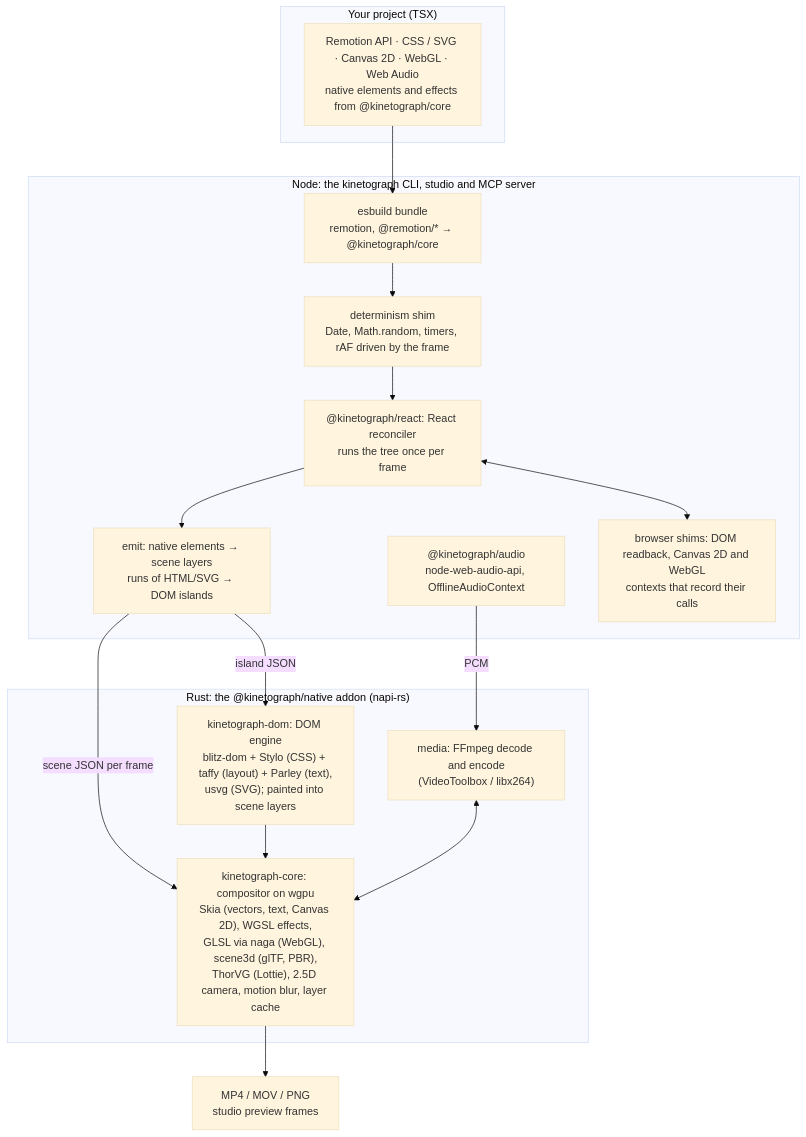
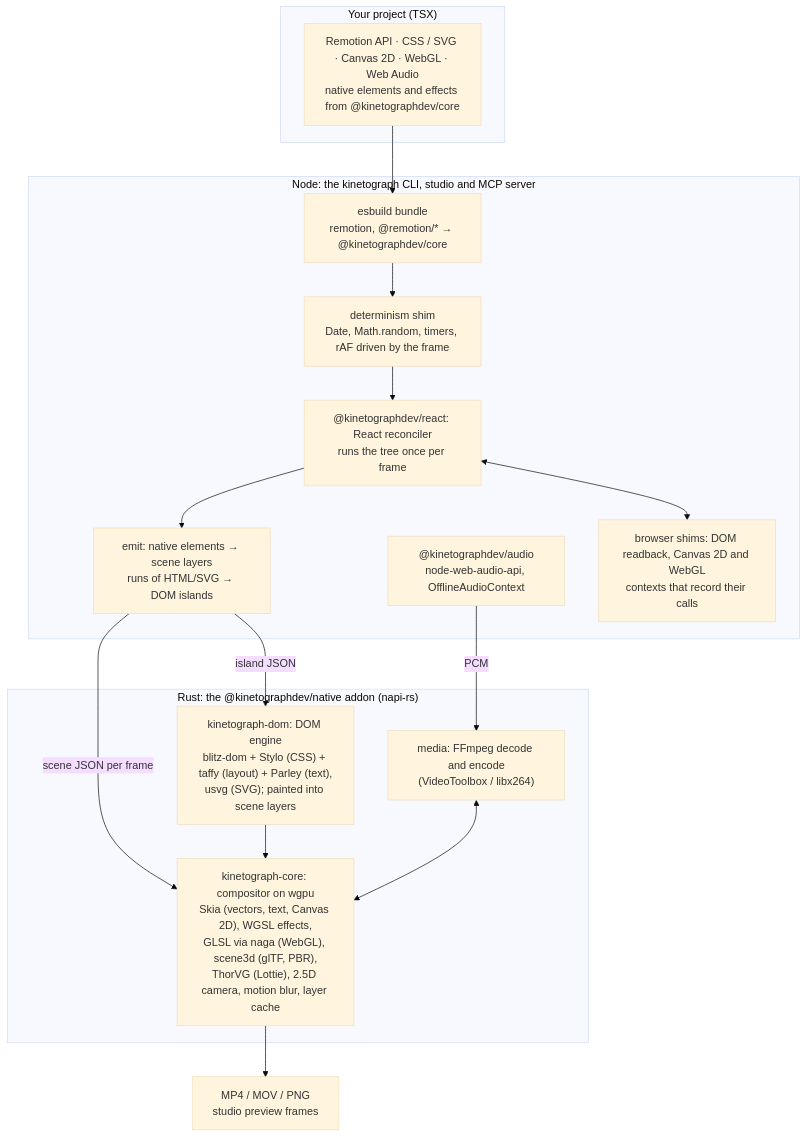
The diagram in README.md (0xS4N4TG/kinetograph), drawn with Mermaid (base theme) before and after one commit. The commit also changed other lines of this file and 236 other files, not shown here.

````diff
--- a/README.md
+++ b/README.md
@@ -86,31 +86,31 @@
 ```mermaid
 flowchart TB
   subgraph project["Your project (TSX)"]
-    P["Remotion API · CSS / SVG · Canvas 2D · WebGL · Web Audio<br/>native elements and effects from @kinetograph/core"]
+    P["Remotion API · CSS / SVG · Canvas 2D · WebGL · Web Audio<br/>native elements and effects from @kinetographdev/core"]
   end
 
   subgraph node["Node: the kinetograph CLI, studio and MCP server"]
-    B["esbuild bundle<br/>remotion, @remotion/* → @kinetograph/core"]
+    B["esbuild bundle<br/>remotion, @remotion/* → @kinetographdev/core"]
     D["determinism shim<br/>Date, Math.random, timers, rAF driven by the frame"]
-    R["@kinetograph/react: React reconciler<br/>runs the tree once per frame"]
+    R["@kinetographdev/react: React reconciler<br/>runs the tree once per frame"]
     S["browser shims: DOM readback, Canvas 2D and WebGL<br/>contexts that record their calls"]
-    A["@kinetograph/audio<br/>node-web-audio-api, OfflineAudioContext"]
+    A["@kinetographdev/audio<br/>node-web-audio-api, OfflineAudioContext"]
     E["emit: native elements → scene layers<br/>runs of HTML/SVG → DOM islands"]
     B --> D --> R --> E
     R <--> S
   end
 
-  subgraph rust["Rust: the @kinetograph/native addon (napi-rs)"]
+  subgraph rust["Rust: the @kinetographdev/native addon (napi-rs)"]
     DOM["kinetograph-dom: DOM engine<br/>blitz-dom + Stylo (CSS) + taffy (layout) + Parley (text),<br/>usvg (SVG); painted into scene layers"]
     C["kinetograph-core: compositor on wgpu<br/>Skia (vectors, text, Canvas 2D), WGSL effects,<br/>GLSL via naga (WebGL), scene3d (glTF, PBR),<br/>ThorVG (Lottie), 2.5D camera, motion blur, layer cache"]
     M["media: FFmpeg decode and encode<br/>(VideoToolbox / libx264)"]
     DOM --> C
     M <--> C
   end
 
   P --> B
   E -- "scene JSON per frame" --> C
   E -- "island JSON" --> DOM
   A -- "PCM" --> M
   C --> OUT["MP4 / MOV / PNG<br/>studio preview frames"]
 ```
````
